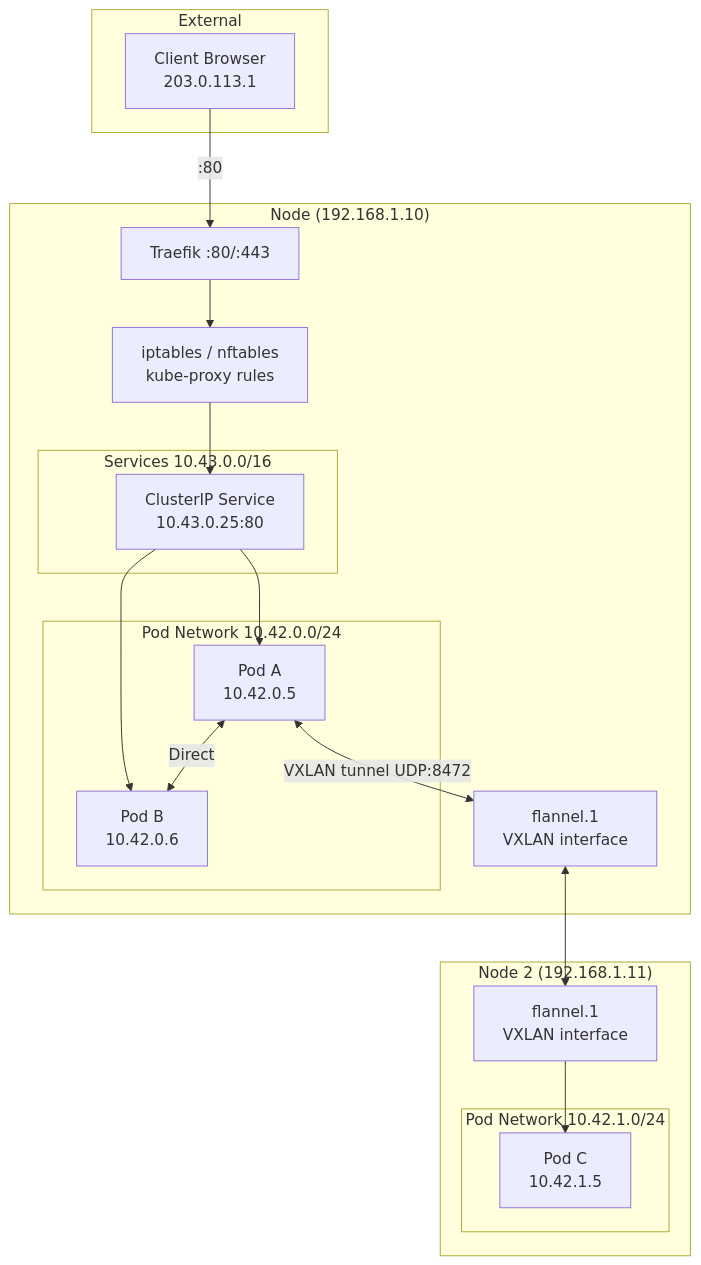
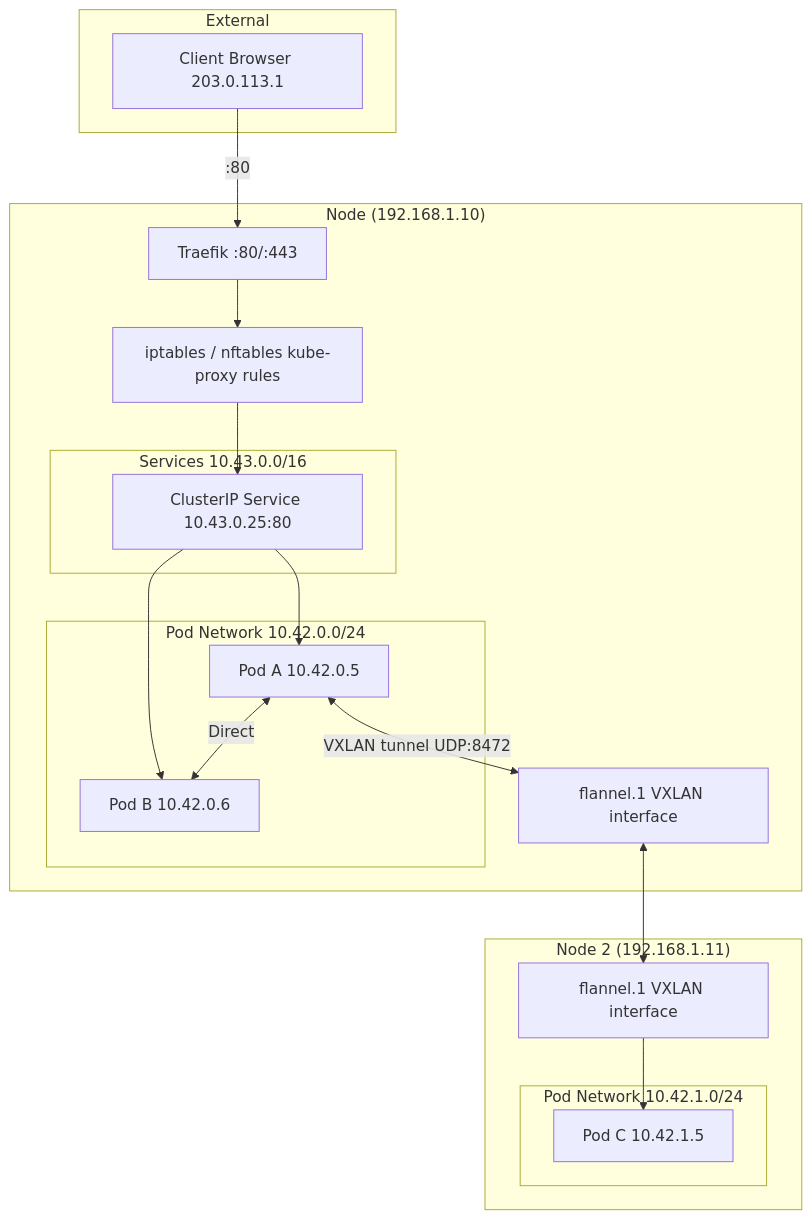
One commit to UncleJS/course_k3s changed the fifth of 8 diagrams in 01_introduction/03_architecture_overview.md. Above: the diagram before and after it, drawn with Mermaid. The commit also changed other lines of this file and 57 other files, not shown here.

````diff
--- a/01_introduction/03_architecture_overview.md
+++ b/01_introduction/03_architecture_overview.md
@@ -225,38 +226,38 @@
 ```mermaid
 graph TB
     subgraph "External"
-        CLIENT[Client Browser\n203.0.113.1]
+        CLIENT[Client Browser 203.0.113.1]
     end
 
     subgraph "Node (192.168.1.10)"
-        IPTABLES[iptables / nftables\nkube-proxy rules]
+        IPTABLES[iptables / nftables kube-proxy rules]
 
         subgraph "Pod Network 10.42.0.0/24"
-            POD1[Pod A\n10.42.0.5]
-            POD2[Pod B\n10.42.0.6]
+            POD1[Pod A 10.42.0.5]
+            POD2[Pod B 10.42.0.6]
         end
 
         subgraph "Services 10.43.0.0/16"
-            SVC[ClusterIP Service\n10.43.0.25:80]
+            SVC[ClusterIP Service 10.43.0.25:80]
         end
 
         TR[Traefik :80/:443]
-        VXLAN[flannel.1\nVXLAN interface]
+        VXLAN[flannel.1 VXLAN interface]
     end
 
     subgraph "Node 2 (192.168.1.11)"
         subgraph "Pod Network 10.42.1.0/24"
-            POD3[Pod C\n10.42.1.5]
+            POD3[Pod C 10.42.1.5]
         end
-        VXLAN2[flannel.1\nVXLAN interface]
+        VXLAN2[flannel.1 VXLAN interface]
     end
 
     CLIENT -->|":80"| TR
     TR --> IPTABLES
     IPTABLES --> SVC
     SVC --> POD1 & POD2
     POD1 <-->|"Direct"| POD2
     POD1 <-->|"VXLAN tunnel UDP:8472"| VXLAN
     VXLAN <--> VXLAN2
     VXLAN2 --> POD3
 ```
````
